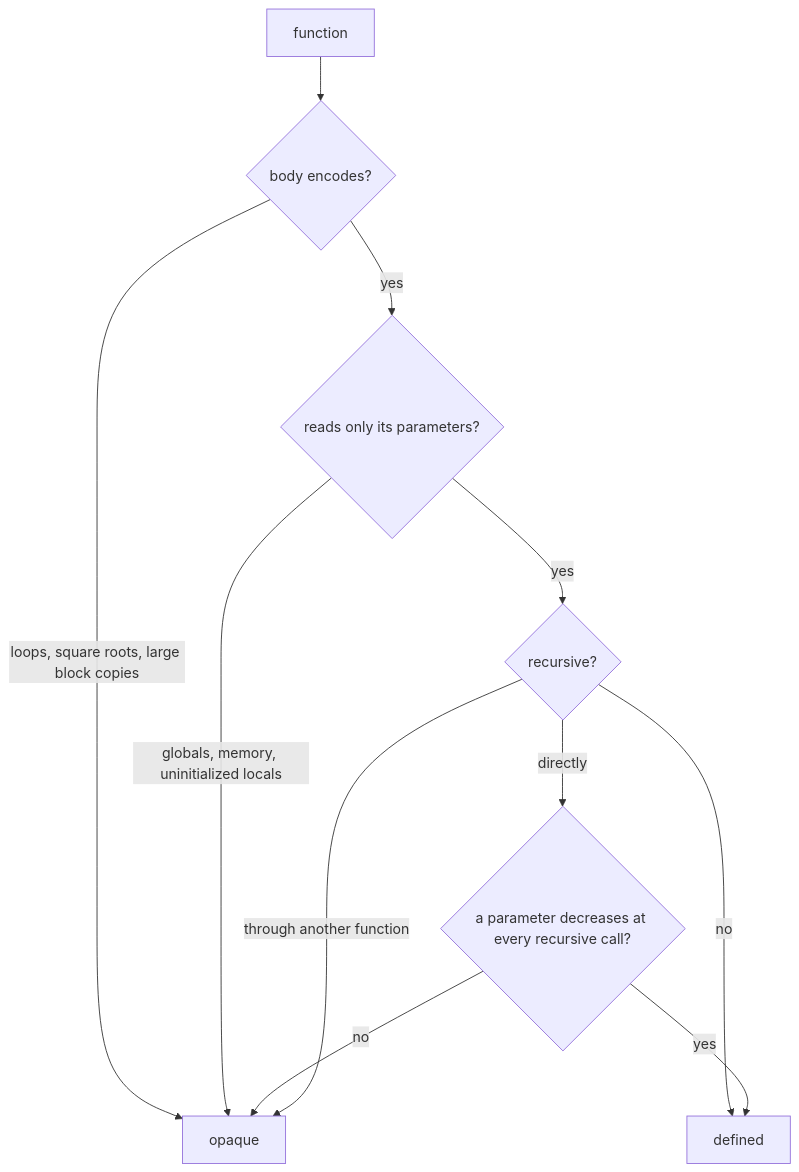
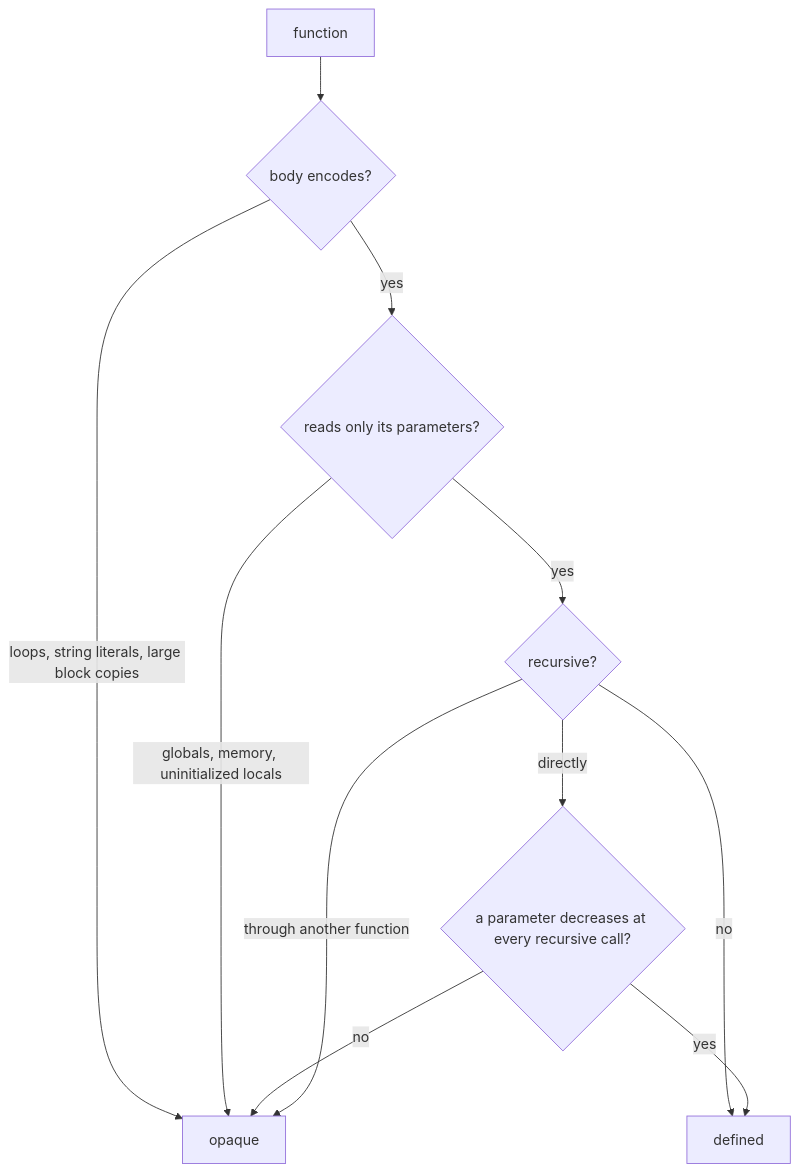
One commit to The-Mettle-Project/Mettle changed the first of 2 diagrams in docs/proofs.md. Above: the diagram before and after it, drawn with Mermaid. The commit also changed other lines of this file and 6 other files, not shown here.

````diff
--- a/docs/proofs.md
+++ b/docs/proofs.md
@@ -193,13 +226,13 @@
 ```mermaid
 flowchart TD
   F[function] --> E{body encodes?}
-  E -- loops, square roots, large block copies --> O[opaque]
+  E -- loops, string literals, large block copies --> O[opaque]
   E -- yes --> R{reads only its parameters?}
   R -- globals, memory, uninitialized locals --> O
   R -- yes --> C{recursive?}
   C -- no --> D[defined]
   C -- directly --> M{a parameter decreases at every recursive call?}
   M -- yes --> D
   M -- no --> O
   C -- through another function --> O
 ```
````
